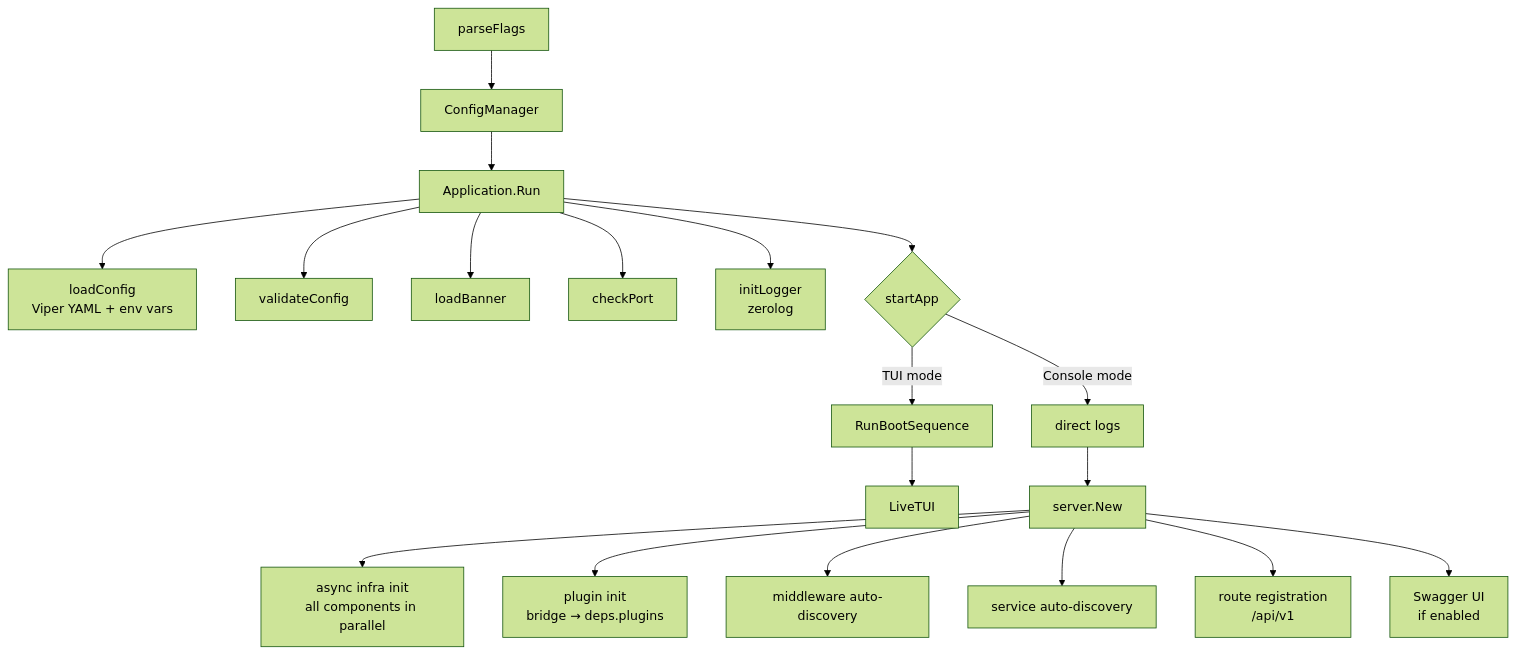
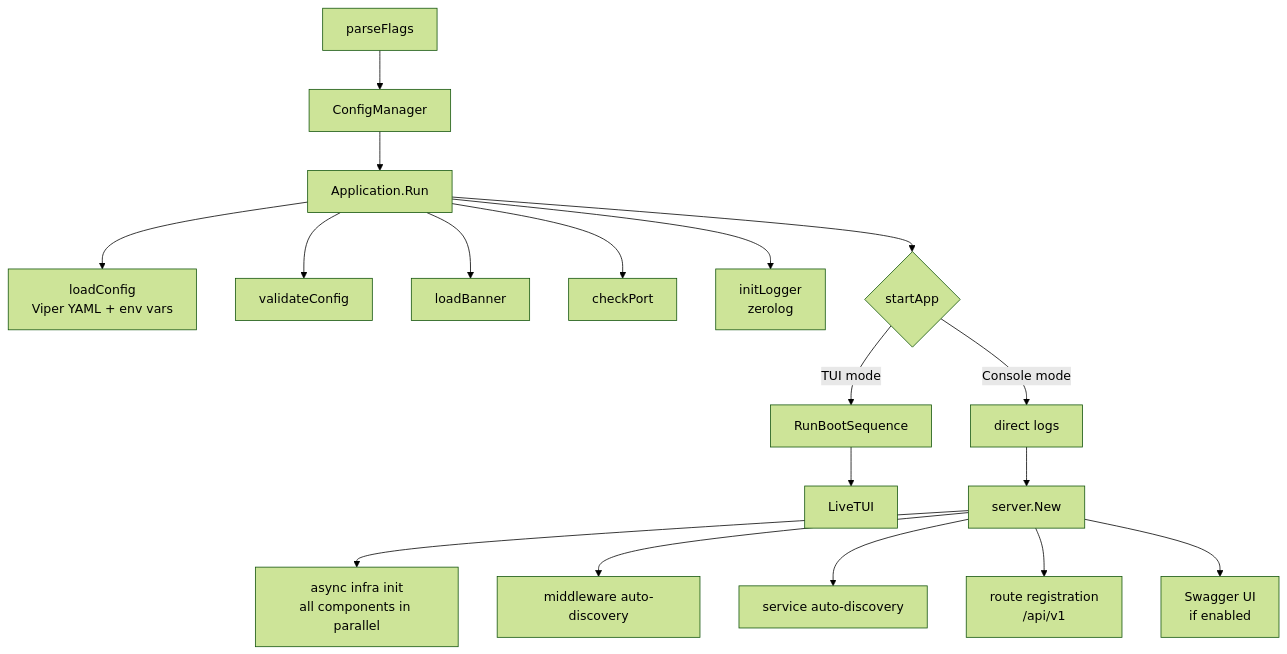
One commit to diameter-tscd/stackyrd changed the first of 3 diagrams in docs_wiki/ARCHITECTURE.md. Above: the diagram before and after it, drawn with Mermaid (forest theme). The commit also changed other lines of this file and 75 other files, not shown here.

````diff
--- a/docs_wiki/ARCHITECTURE.md
+++ b/docs_wiki/ARCHITECTURE.md
@@ -17,21 +17,20 @@
 ```mermaid
 flowchart TD
     A[parseFlags] --> B[ConfigManager]
     B --> C[Application.Run]
     C --> D[loadConfig<br/>Viper YAML + env vars]
     C --> E[validateConfig]
     C --> F[loadBanner]
     C --> G[checkPort]
     C --> H[initLogger<br/>zerolog]
     C --> I{startApp}
     I -->|TUI mode| J[RunBootSequence]
     J --> K[LiveTUI]
     I -->|Console mode| L[direct logs]
     L --> M[server.New]
     M --> N[async infra init<br/>all components in parallel]
-    M --> O[plugin init<br/>bridge → deps.plugins]
-    M --> P[middleware auto-discovery]
-    M --> Q[service auto-discovery]
-    M --> R[route registration<br/>/api/v1]
-    M --> S[Swagger UI<br/>if enabled]
+    M --> O[middleware auto-discovery]
+    M --> P[service auto-discovery]
+    M --> Q[route registration<br/>/api/v1]
+    M --> R[Swagger UI<br/>if enabled]
 ```
````
